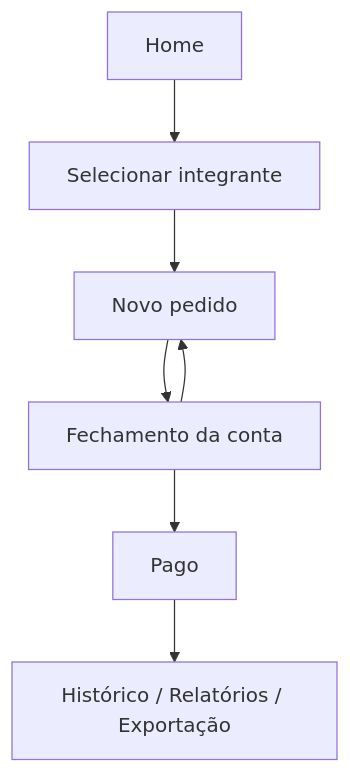
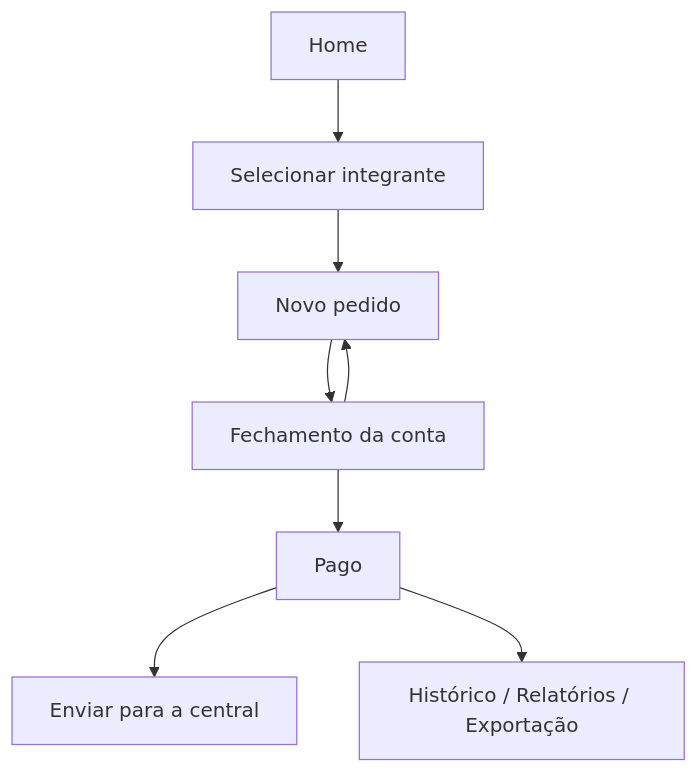
Before and after one commit to handersonbf/bar-13: the first of 2 diagrams in documentacao/mapa-de-navegacao.md, drawn with Mermaid. The commit also changed other lines of this file and 31 other files, not shown here.

````diff
--- a/documentacao/mapa-de-navegacao.md
+++ b/documentacao/mapa-de-navegacao.md
@@ -214,9 +233,10 @@
 ```mermaid
 flowchart TD
   A["Home"] --> B["Selecionar integrante"]
   B --> C["Novo pedido"]
   C --> D["Fechamento da conta"]
   D --> E["Pago"]
   D --> C
-  E --> F["Histórico / Relatórios / Exportação"]
+  E --> F["Enviar para a central"]
+  E --> G["Histórico / Relatórios / Exportação"]
 ```
````
